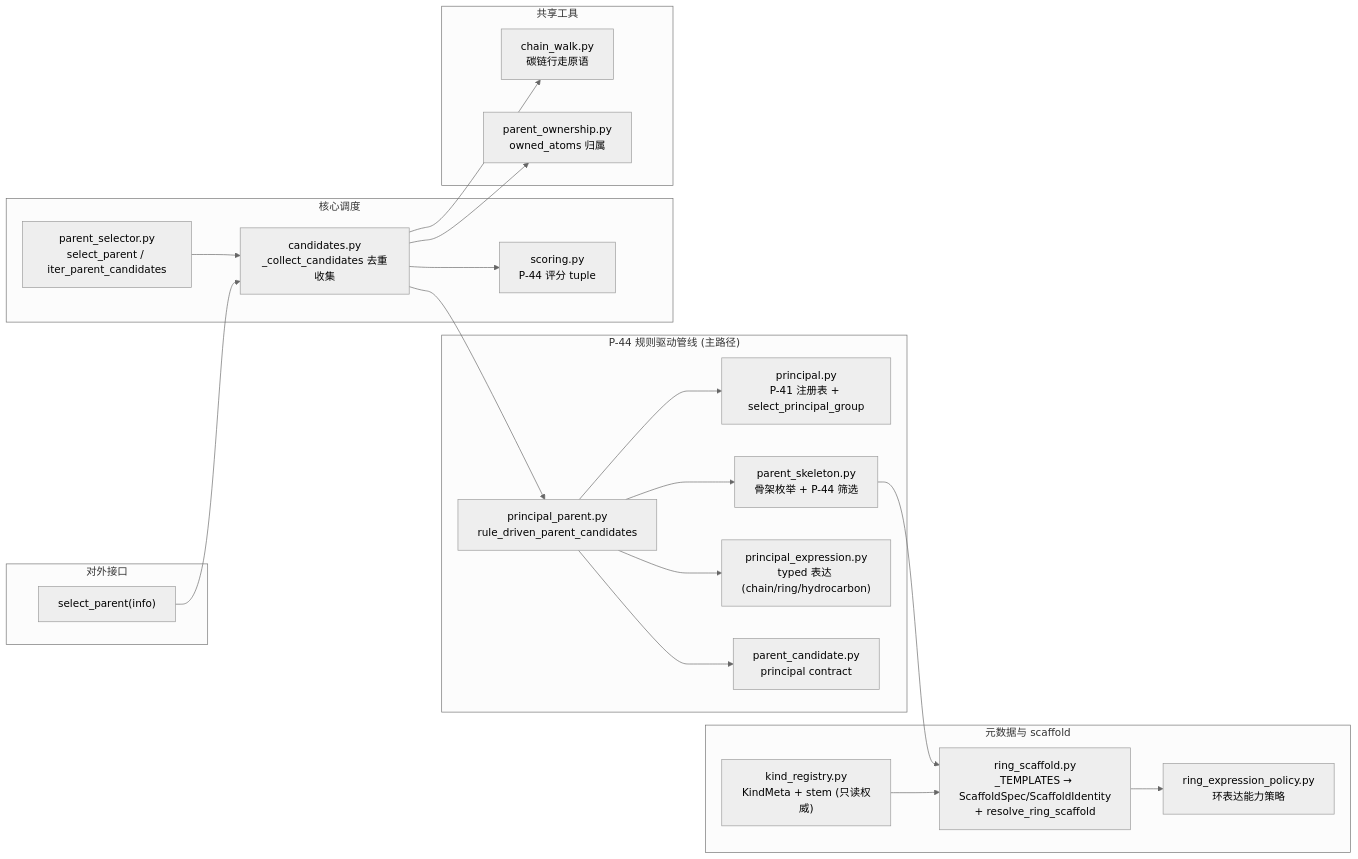
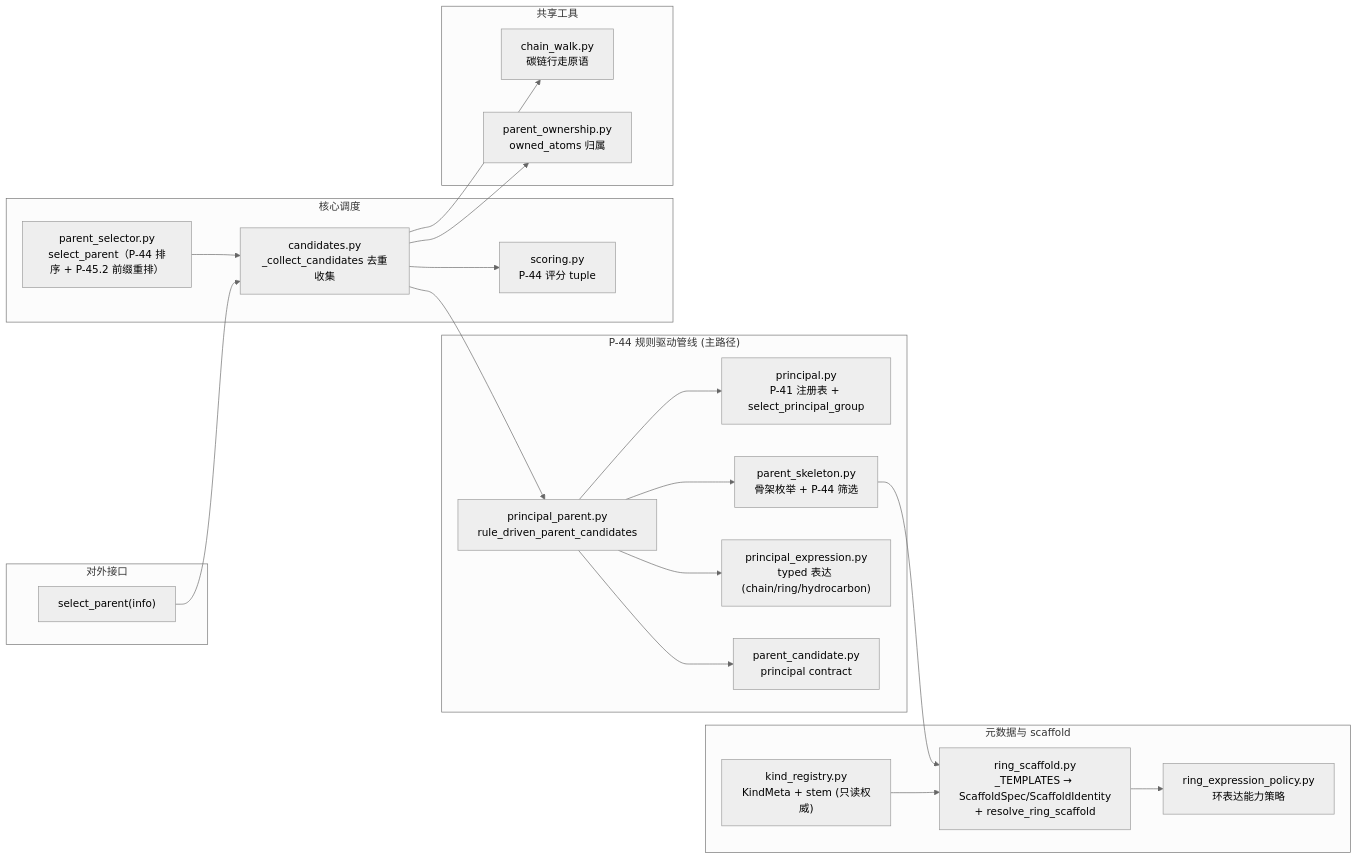
One commit to zouxiaofei1/OpenSMILES changed the third of 3 diagrams in docs/wiki/architecture/layer2-parent-selector.md. Above: the diagram before and after it, drawn with Mermaid (neutral theme). The commit also changed other lines of this file and 14 other files, not shown here.

````diff
--- a/docs/wiki/architecture/layer2-parent-selector.md
+++ b/docs/wiki/architecture/layer2-parent-selector.md
@@ -232,41 +233,41 @@
 ```mermaid
 flowchart LR
     subgraph Public_API["对外接口"]
         SP["select_parent(info)"]
     end
 
     subgraph Principal["P-44 规则驱动管线 (主路径)"]
         PR["principal.py<br/>P-41 注册表 + select_principal_group"]
         SKEL["parent_skeleton.py<br/>骨架枚举 + P-44 筛选"]
         PEXPR["principal_expression.py<br/>typed 表达 (chain/ring/hydrocarbon)"]
         PPR["principal_parent.py<br/>rule_driven_parent_candidates"]
         PCAND["parent_candidate.py<br/>principal contract"]
     end
 
     subgraph Core["核心调度"]
         CAND["candidates.py<br/>_collect_candidates 去重收集"]
         SCORE["scoring.py<br/>P-44 评分 tuple"]
-        PSEL["parent_selector.py<br/>select_parent / iter_parent_candidates"]
+        PSEL["parent_selector.py<br/>select_parent（P-44 排序 + P-45.2 前缀重排）"]
     end
 
     subgraph Registry["元数据与 scaffold"]
         KR["kind_registry.py<br/>KindMeta + stem (只读权威)"]
         RSCAFF["ring_scaffold.py<br/>_TEMPLATES → ScaffoldSpec/ScaffoldIdentity<br/>+ resolve_ring_scaffold"]
         REP["ring_expression_policy.py<br/>环表达能力策略"]
     end
 
     subgraph Utilities["共享工具"]
         CW["chain_walk.py<br/>碳链行走原语"]
         OWN["parent_ownership.py<br/>owned_atoms 归属"]
     end
 
     PSEL --> CAND
     SP --> CAND
     CAND --> PPR
     PPR --> PR & SKEL & PEXPR & PCAND
     SKEL --> RSCAFF
     KR --> RSCAFF
     RSCAFF --> REP
     CAND --> SCORE & OWN
     CAND --> CW
 ```
````
